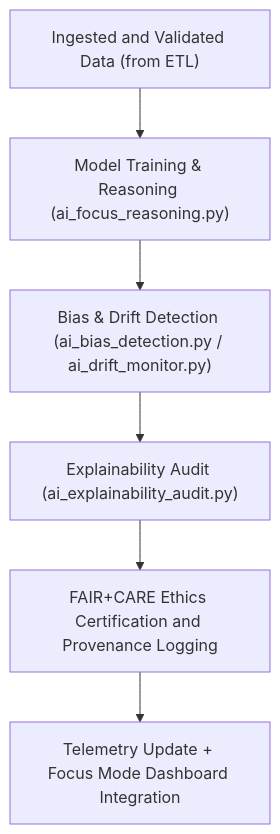
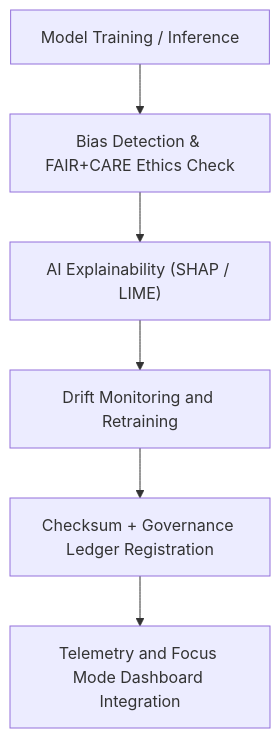
One commit to bartytime4life/Kansas-Frontier-Matrix changed the diagram in src/pipelines/ai/README.md. Above: the diagram before and after it, drawn with Mermaid. The commit also changed other lines of this file, not shown here.

````diff
--- a/src/pipelines/ai/README.md
+++ b/src/pipelines/ai/README.md
@@ -68,8 +66,8 @@
 ```mermaid
 flowchart TD
-    A["Ingested and Validated Data (from ETL)"] --> B["Model Training & Reasoning (ai_focus_reasoning.py)"]
-    B --> C["Bias & Drift Detection (ai_bias_detection.py / ai_drift_monitor.py)"]
-    C --> D["Explainability Audit (ai_explainability_audit.py)"]
-    D --> E["FAIR+CARE Ethics Certification and Provenance Logging"]
-    E --> F["Telemetry Update + Focus Mode Dashboard Integration"]
+    A["Model Training / Inference"] --> B["Bias Detection & FAIR+CARE Ethics Check"]
+    B --> C["AI Explainability (SHAP / LIME)"]
+    C --> D["Drift Monitoring and Retraining"]
+    D --> E["Checksum + Governance Ledger Registration"]
+    E --> F["Telemetry and Focus Mode Dashboard Integration"]
 ```
````
